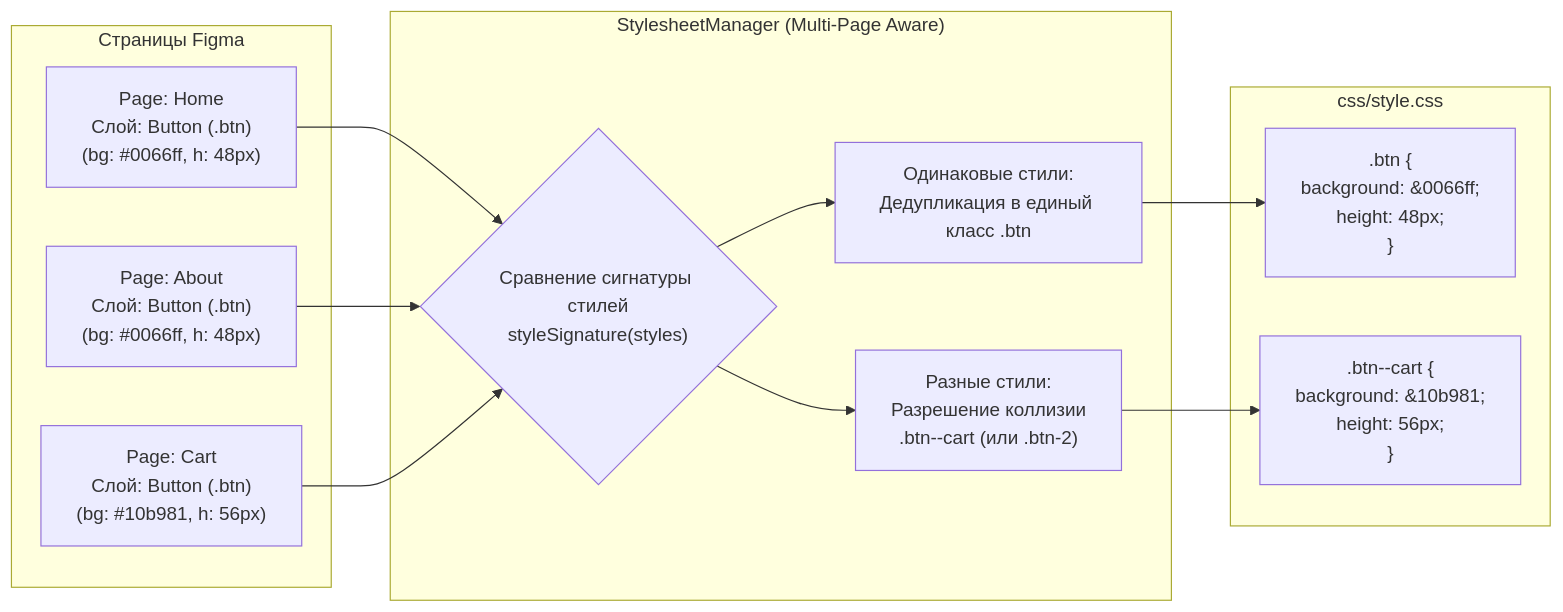
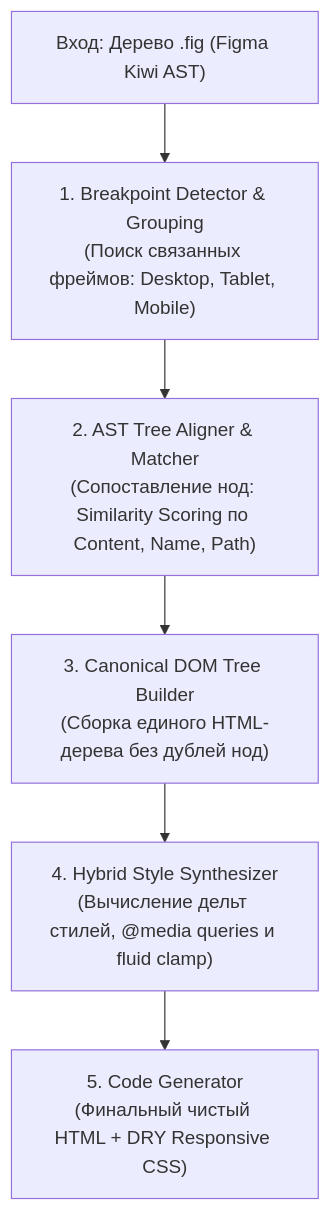
One commit to KonstantinBelan/fig2html changed the first of 2 diagrams in docs/roadmap.md. Above: the diagram before and after it, drawn with Mermaid. The commit also changed other lines of this file, not shown here.

Commit message:
docs(roadmap): define Adaptive Multi-Breakpoint Engine specification for v1.4.0

````diff
--- a/docs/roadmap.md
+++ b/docs/roadmap.md
@@ -61,24 +35,8 @@
 ```mermaid
-flowchart LR
-    subgraph Pages ["Страницы Figma"]
-        P1["Page: Home\nСлой: Button (.btn)\n(bg: #0066ff, h: 48px)"]
-        P2["Page: About\nСлой: Button (.btn)\n(bg: #0066ff, h: 48px)"]
-        P3["Page: Cart\nСлой: Button (.btn)\n(bg: #10b981, h: 56px)"]
-    end
-
-    subgraph StylesheetManager ["StylesheetManager (Multi-Page Aware)"]
-        D{"Сравнение сигнатуры стилей\nstyleSignature(styles)"}
-        S1["Одинаковые стили:\nДедупликация в единый класс .btn"]
-        S2["Разные стили:\nРазрешение коллизии\n.btn--cart (или .btn-2)"]
-    end
-
-    subgraph OutputCSS ["css/style.css"]
-        R1[".btn {\n  background: #0066ff;\n  height: 48px;\n}"]
-        R2[".btn--cart {\n  background: #10b981;\n  height: 56px;\n}"]
-    end
-
-    P1 & P2 --> D
-    P3 --> D
-    D --> S1 --> R1
-    D --> S2 --> R2
+flowchart TD
+    A["Вход: Дерево .fig (Figma Kiwi AST)"] --> B["1. Breakpoint Detector & Grouping\n(Поиск связанных фреймов: Desktop, Tablet, Mobile)"]
+    B --> C["2. AST Tree Aligner & Matcher\n(Сопоставление нод: Similarity Scoring по Content, Name, Path)"]
+    C --> D["3. Canonical DOM Tree Builder\n(Сборка единого HTML-дерева без дублей нод)"]
+    D --> E["4. Hybrid Style Synthesizer\n(Вычисление дельт стилей, @media queries и fluid clamp)"]
+    E --> F["5. Code Generator\n(Финальный чистый HTML + DRY Responsive CSS)"]
 ```
````
